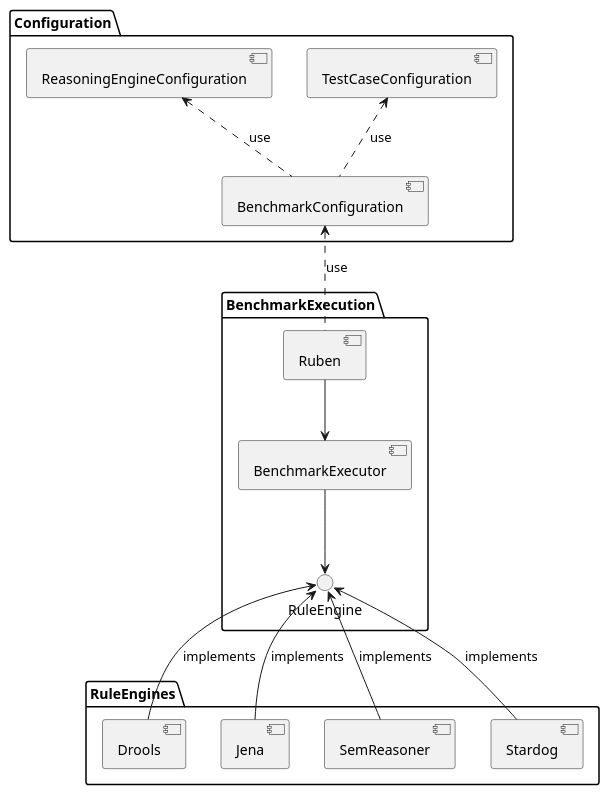
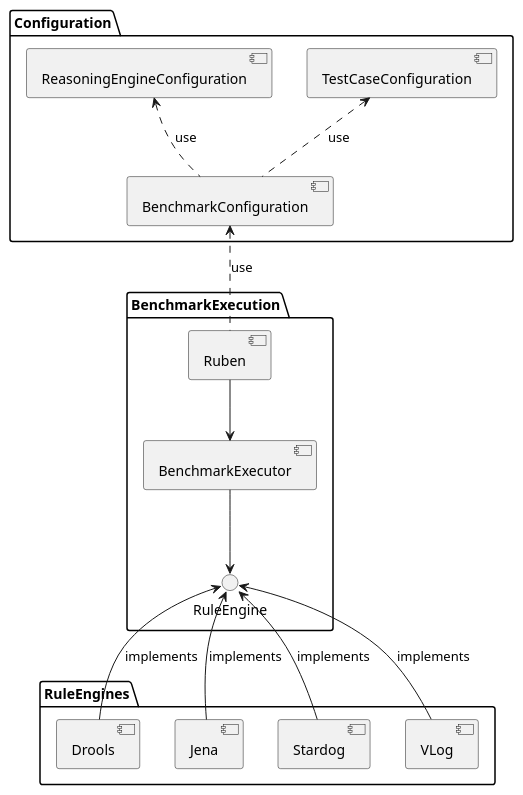
Before and after one commit to kev-ang/RUBEN: the diagram in docu/RUBEN_Component_Diagram.puml, drawn with PlantUML. The commit also changed 2 other files, not shown here.

```diff
--- a/docu/RUBEN_Component_Diagram.puml
+++ b/docu/RUBEN_Component_Diagram.puml
@@ -1,23 +1,23 @@
 @startuml
 'https://plantuml.com/component-diagram
 
 package "Configuration" {
     [BenchmarkConfiguration] .up.> [ReasoningEngineConfiguration] : use
     [BenchmarkConfiguration] .up.> [TestCaseConfiguration] : use
 }
 
 package "BenchmarkExecution" {
     [Ruben] .up.> [BenchmarkConfiguration] : use
     [Ruben] --> [BenchmarkExecutor]
     [BenchmarkExecutor] --> () "RuleEngine"
 }
 
 package "RuleEngines"{
     [Drools] -up-> () "RuleEngine" : implements
     [Jena] -up-> () "RuleEngine" : implements
-    [SemReasoner] -up-> () "RuleEngine" : implements
     [Stardog] -up-> () "RuleEngine" : implements
+    [VLog] -up-> () "RuleEngine" : implements
 }
 
 
 @enduml
```
